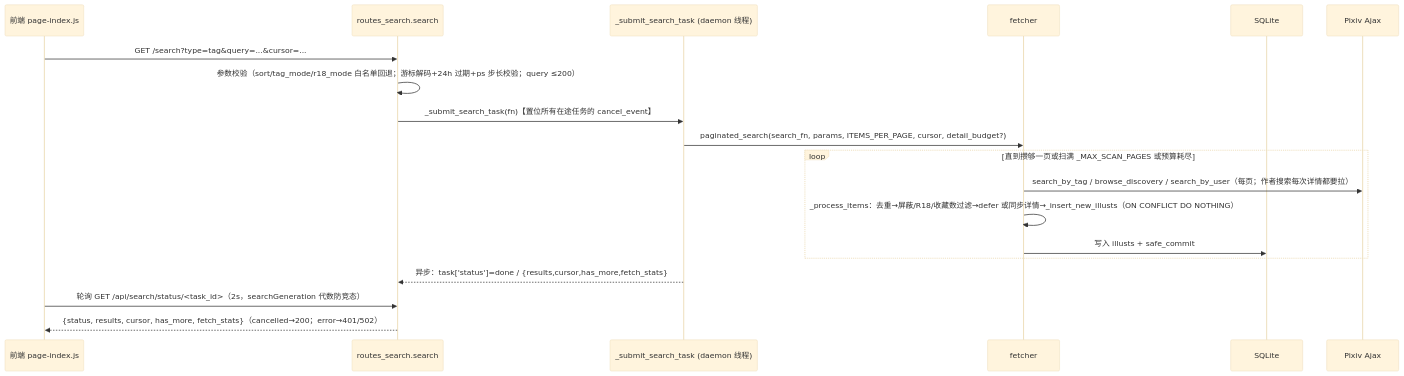
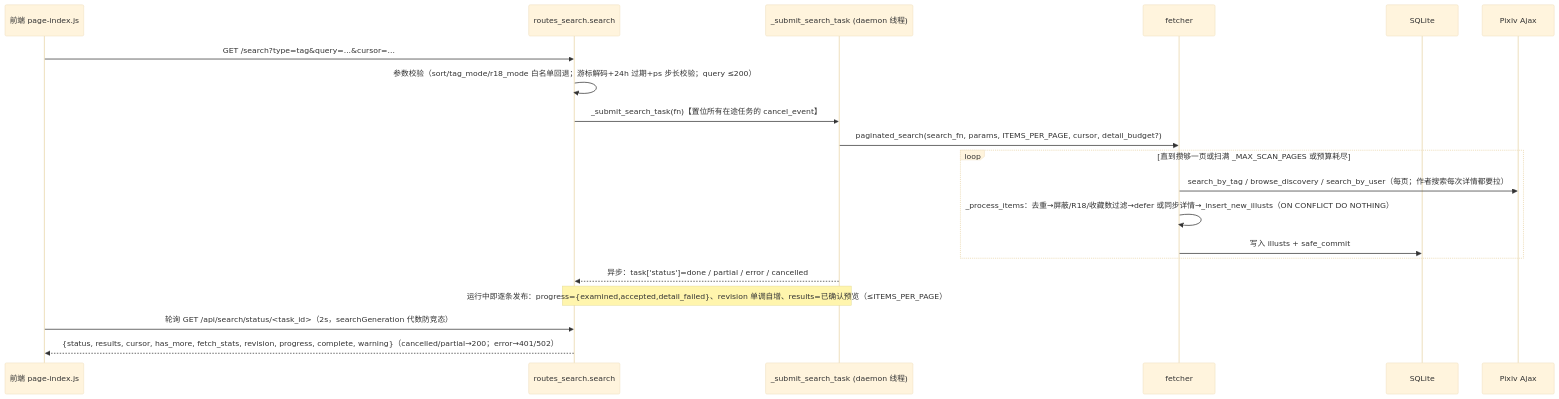
The fifth of 10 diagrams in docs/technical-documentation.md (feng-y-u/PpPpP), drawn with Mermaid (base theme) before and after one commit. The commit also changed other lines of this file and 3 other files, not shown here.

````diff
--- a/docs/technical-documentation.md
+++ b/docs/technical-documentation.md
@@ -307,21 +307,22 @@
 ```mermaid
 sequenceDiagram
     participant U as 前端 page-index.js
     participant RS as routes_search.search
     participant T as _submit_search_task (daemon 线程)
     participant F as fetcher
     participant DB as SQLite
     participant PX as Pixiv Ajax
     U->>RS: GET /search?type=tag&query=...&cursor=...
     RS->>RS: 参数校验（sort/tag_mode/r18_mode 白名单回退；游标解码+24h 过期+ps 步长校验；query ≤200）
     RS->>T: _submit_search_task(fn)【置位所有在途任务的 cancel_event】
     T->>F: paginated_search(search_fn, params, ITEMS_PER_PAGE, cursor, detail_budget?)
     loop 直到攒够一页或扫满 _MAX_SCAN_PAGES 或预算耗尽
         F->>PX: search_by_tag / browse_discovery / search_by_user（每页；作者搜索每次详情都要拉）
         F->>F: _process_items：去重→屏蔽/R18/收藏数过滤→defer 或同步详情→_insert_new_illusts（ON CONFLICT DO NOTHING）
         F->>DB: 写入 illusts + safe_commit
     end
-    T-->>RS: 异步：task['status']=done / {results,cursor,has_more,fetch_stats}
+    T-->>RS: 异步：task['status']=done / partial / error / cancelled
+    Note over T,RS: 运行中即逐条发布：progress={examined,accepted,detail_failed}、revision 单调自增、results=已确认预览（≤ITEMS_PER_PAGE）
     U->>RS: 轮询 GET /api/search/status/<task_id>（2s，searchGeneration 代数防竞态）
-    RS-->>U: {status, results, cursor, has_more, fetch_stats}（cancelled→200；error→401/502）
+    RS-->>U: {status, results, cursor, has_more, fetch_stats, revision, progress, complete, warning}（cancelled/partial→200；error→401/502）
 ```
````
